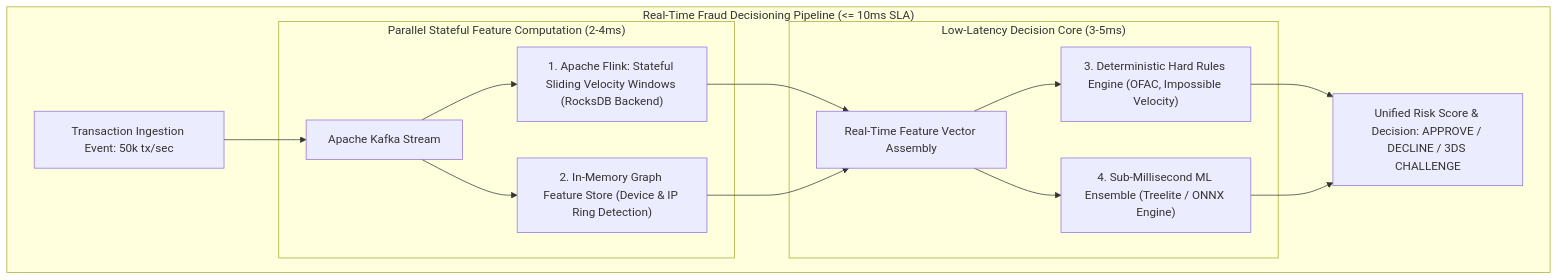
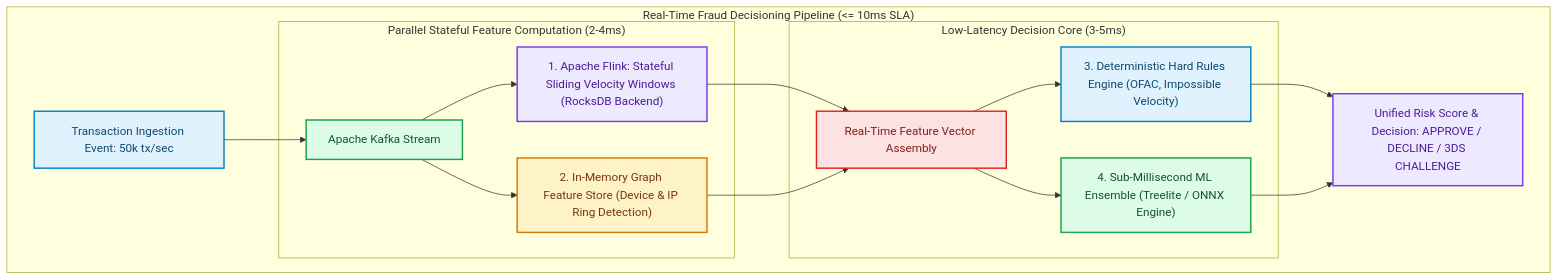
One commit to akmalkhaniub/akmalkhaniub.github.io changed the first of 3 diagrams in blog/posts/real-time-fraud-detection-visa-stripe-apache-flink-graph-feature-stores.md. Above: the diagram before and after it, drawn with Mermaid. The commit also changed other lines of this file and 1291 other files, not shown here.

First line of the commit message:
feat(catalog): unique covers, scholarly references, and diagram palettes

````diff
--- a/blog/posts/real-time-fraud-detection-visa-stripe-apache-flink-graph-feature-stores.md
+++ b/blog/posts/real-time-fraud-detection-visa-stripe-apache-flink-graph-feature-stores.md
@@ -13,20 +13,31 @@
 ```mermaid
 flowchart TD
   subgraph SG1_RealTimeFraud ["Real-Time Fraud Decisioning Pipeline (<= 10ms SLA)"]
-    TxEvent[Transaction Ingestion Event: 50k tx/sec] --> Kafka[Apache Kafka Stream]
+    TxEvent["Transaction Ingestion Event: 50k tx/sec"] --> Kafka["Apache Kafka Stream"]
     
     subgraph SG2_ParallelStatefulFeature ["Parallel Stateful Feature Computation (2-4ms)"]
       Kafka --> Flink["1. Apache Flink: Stateful Sliding Velocity Windows (RocksDB Backend)"]
       Kafka --> GraphStore["2. In-Memory Graph Feature Store (Device & IP Ring Detection)"]
     end
     
-    Flink & GraphStore --> FeatureAggregator[Real-Time Feature Vector Assembly]
+    Flink & GraphStore --> FeatureAggregator["Real-Time Feature Vector Assembly"]
     
     subgraph SG3_LowLatencyDecision ["Low-Latency Decision Core (3-5ms)"]
       FeatureAggregator --> DeterministicRules["3. Deterministic Hard Rules Engine (OFAC, Impossible Velocity)"]
       FeatureAggregator --> MLInference["4. Sub-Millisecond ML Ensemble (Treelite / ONNX Engine)"]
     end
     
-    DeterministicRules & MLInference --> DecisionGate[Unified Risk Score & Decision: APPROVE / DECLINE / 3DS CHALLENGE]
+    DeterministicRules & MLInference --> DecisionGate["Unified Risk Score & Decision: APPROVE / DECLINE / 3DS CHALLENGE"]
   end
+
+classDef green fill:#dcfce7,stroke:#16a34a,stroke-width:2px,color:#14532d;
+classDef red fill:#fee2e2,stroke:#dc2626,stroke-width:2px,color:#7f1d1d;
+classDef blue fill:#e0f2fe,stroke:#0284c7,stroke-width:2px,color:#0c4a6e;
+classDef yellow fill:#fef3c7,stroke:#d97706,stroke-width:2px,color:#78350f;
+classDef purple fill:#ede9fe,stroke:#7c3aed,stroke-width:2px,color:#4c1d95;
+class TxEvent,DeterministicRules blue
+class Kafka,MLInference green
+class Flink,DecisionGate purple
+class GraphStore yellow
+class FeatureAggregator red
 ```
````
